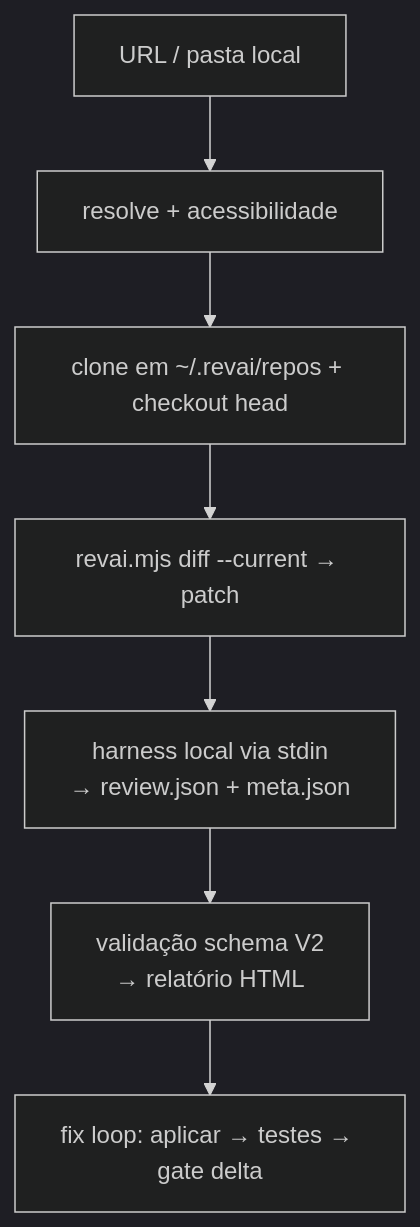
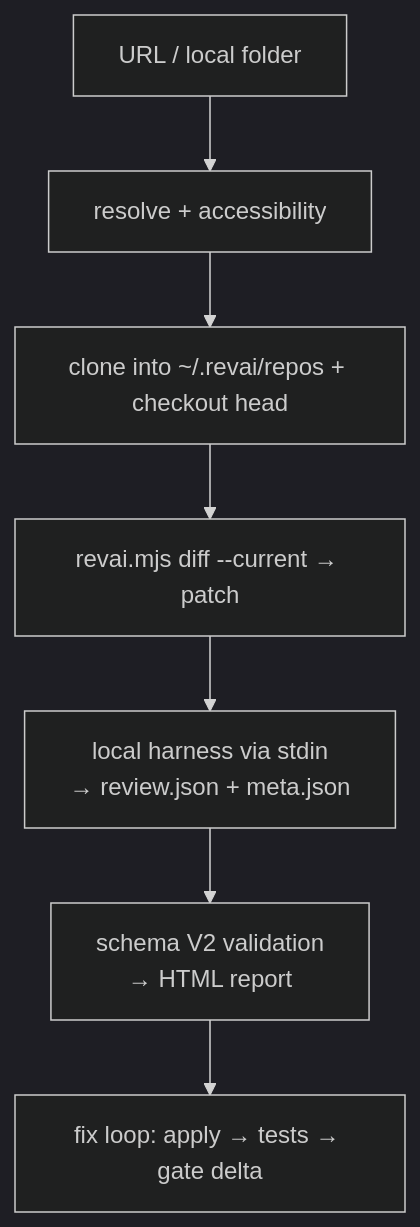
One commit to jonathasrochadesouza/revai-platform changed the diagram in README.md. Above: the diagram before and after it, drawn with Mermaid (dark theme). The commit also changed other lines of this file and 31 other files, not shown here.

````diff
--- a/README.md
+++ b/README.md
@@ -26,9 +26,9 @@
 ```mermaid
 flowchart TD
-    A[URL / pasta local] --> B[resolve + acessibilidade]
-    B --> C[clone em ~/.revai/repos + checkout head]
+    A[URL / local folder] --> B[resolve + accessibility]
+    B --> C[clone into ~/.revai/repos + checkout head]
     C --> D["revai.mjs diff --current → patch"]
-    D --> E["harness local via stdin<br/>→ review.json + meta.json"]
-    E --> F["validação schema V2<br/>→ relatório HTML"]
-    F --> G[fix loop: aplicar → testes → gate delta]
+    D --> E["local harness via stdin<br/>→ review.json + meta.json"]
+    E --> F["schema V2 validation<br/>→ HTML report"]
+    F --> G[fix loop: apply → tests → gate delta]
 ```
````
